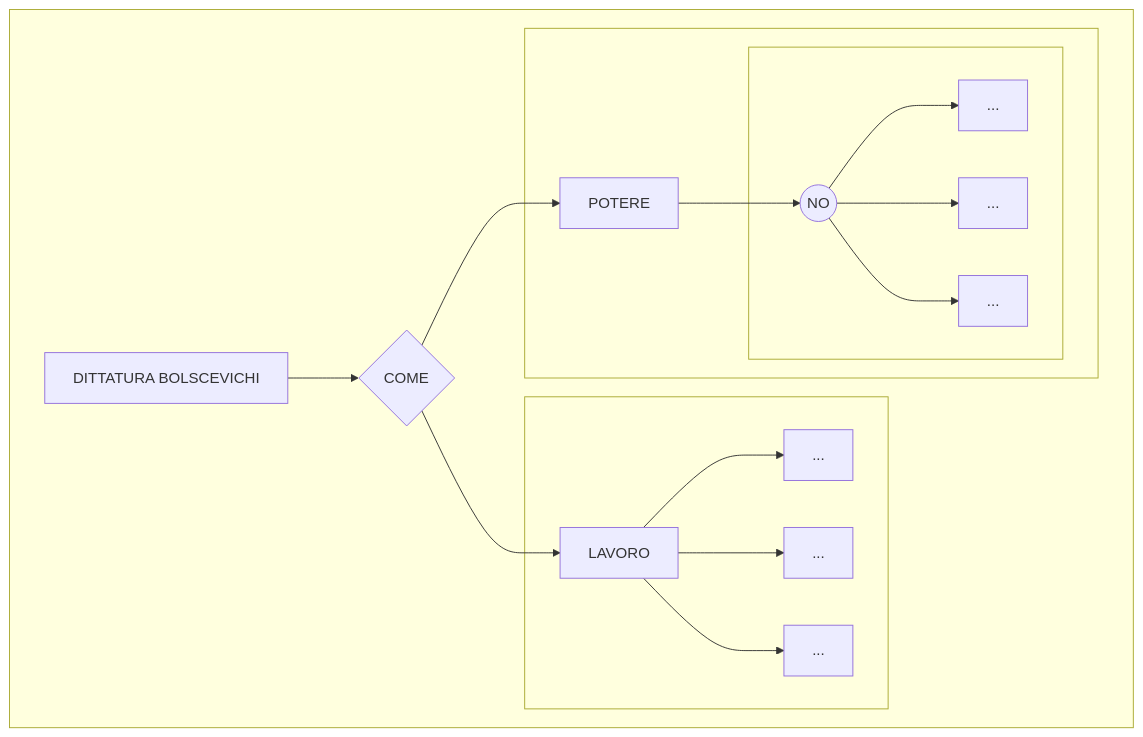
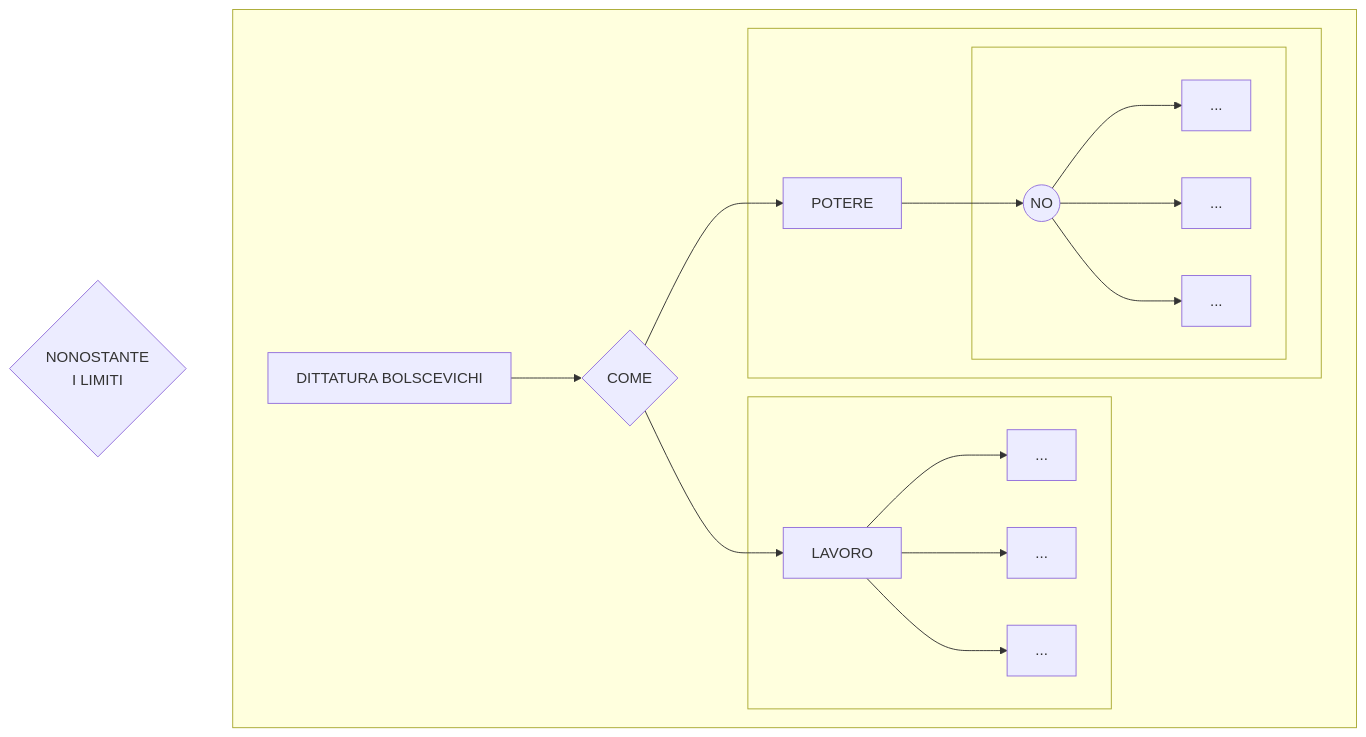
Before and after one commit to Laaouatni/ricerca-storia-MermaidJS: the diagram in prova.md, drawn with Mermaid.

````diff
--- a/prova.md
+++ b/prova.md
@@ -1,26 +1,27 @@
 ```mermaid
 flowchart TB
   subgraph 04[" "]
     0[DITTATURA BOLSCEVICHI]
     01{COME}
     subgraph 02[" "]
       010[POTERE]
       subgraph 020[" "]
         0100((NO))
         01000[...]
         01001[...]
         01002[...]
       end
     end
     subgraph 03[" "]
       011[LAVORO]
       0110[...]
       0111[...]
       0112[...]
     end
     0 --> 01 --> 010 & 011
     010 --> 0100
     0100 --> 01000 & 01001 & 01002
     011 --> 0110 & 0111 & 0112
   end
+  1{NONOSTANTE <br> I LIMITI}
 ```
````
